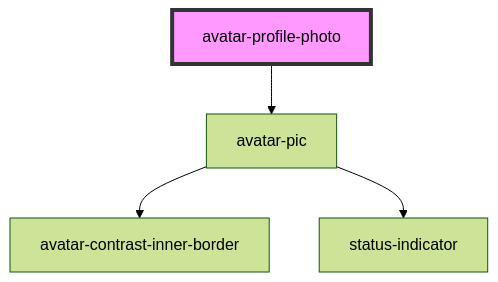
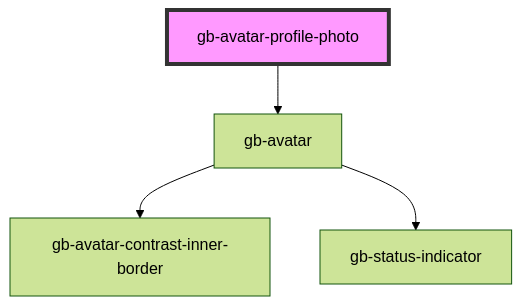
One commit to Emmanuel1858/globusComponent changed the diagram in src/components/gb-avatar-profile-photo/readme.md. Above: the diagram before and after it, drawn with Mermaid (forest theme). The commit also changed other lines of this file and 53 other files, not shown here.

````diff
--- a/src/components/gb-avatar-profile-photo/readme.md
+++ b/src/components/gb-avatar-profile-photo/readme.md
@@ -27,7 +26,7 @@
 ```mermaid
 graph TD;
-  avatar-profile-photo --> avatar-pic
-  avatar-pic --> avatar-contrast-inner-border
-  avatar-pic --> status-indicator
-  style avatar-profile-photo fill:#f9f,stroke:#333,stroke-width:4px
+  gb-avatar-profile-photo --> gb-avatar
+  gb-avatar --> gb-avatar-contrast-inner-border
+  gb-avatar --> gb-status-indicator
+  style gb-avatar-profile-photo fill:#f9f,stroke:#333,stroke-width:4px
 ```
````
